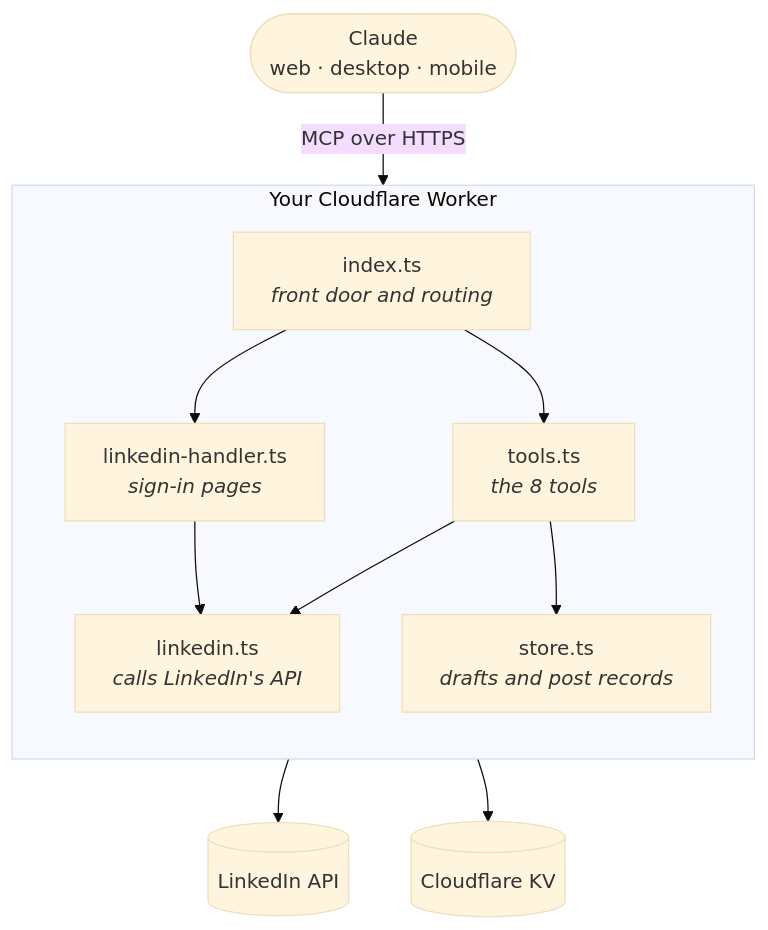
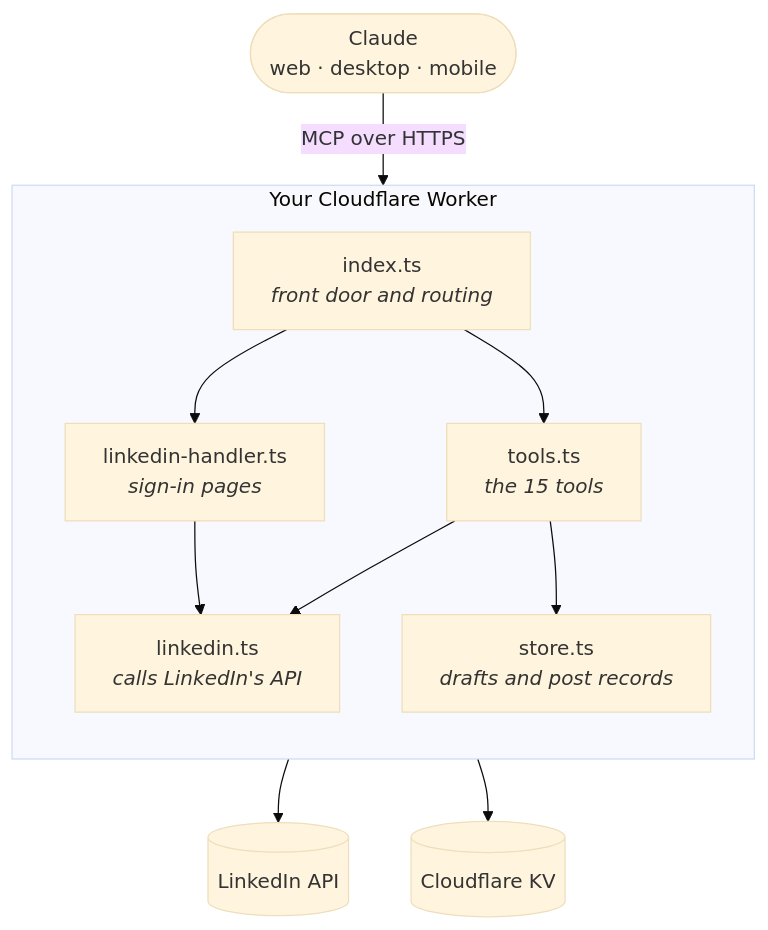
Before and after one commit to arooj1/postline-mcp: the first of 6 diagrams in README.md, drawn with Mermaid (base theme). The commit also changed other lines of this file and 17 other files, not shown here.

````diff
--- a/README.md
+++ b/README.md
@@ -39,22 +43,22 @@
 ```mermaid
 flowchart TB
     Claude(["Claude<br/>web · desktop · mobile"])
     subgraph Worker["Your Cloudflare Worker"]
         direction TB
         index["index.ts<br/><i>front door and routing</i>"]
         handler["linkedin-handler.ts<br/><i>sign-in pages</i>"]
-        tools["tools.ts<br/><i>the 8 tools</i>"]
+        tools["tools.ts<br/><i>the 15 tools</i>"]
         li["linkedin.ts<br/><i>calls LinkedIn's API</i>"]
         store["store.ts<br/><i>drafts and post records</i>"]
         index --> handler
         index --> tools
         handler --> li
         tools --> li
         tools --> store
     end
     LinkedIn[("LinkedIn API")]
     KV[("Cloudflare KV")]
     Claude -- "MCP over HTTPS" --> index
     li --> LinkedIn
     store --> KV
 ```
````
